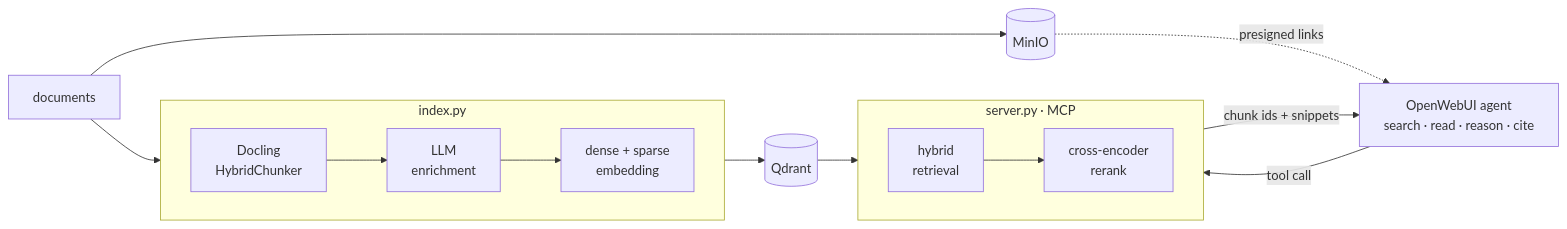
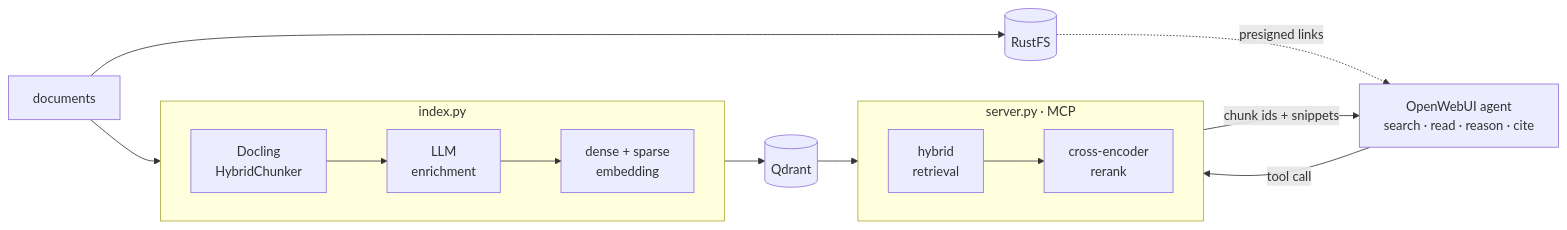
One commit to Th3R3alDuk3/Aragog changed the diagram in README.md. Above: the diagram before and after it, drawn with Mermaid. The commit also changed other lines of this file and 14 other files, not shown here.

````diff
--- a/README.md
+++ b/README.md
@@ -30,24 +30,24 @@
 ```mermaid
 flowchart LR
     DOC[documents]
 
     subgraph idx ["index.py"]
         direction LR
         CHUNK["Docling<br/>HybridChunker"] --> ENRICH["LLM<br/>enrichment"] --> EMBED["dense + sparse<br/>embedding"]
     end
 
     subgraph srv ["server.py · MCP"]
         direction LR
         RETRIEVE["hybrid<br/>retrieval"] --> RERANK["cross-encoder<br/>rerank"]
     end
 
     AGENT["OpenWebUI agent<br/>search · read · reason · cite"]
 
     DOC --> CHUNK
-    DOC --> MINIO[("MinIO")]
+    DOC --> RUSTFS[("RustFS")]
     EMBED --> QDRANT[("Qdrant")]
     QDRANT --> RETRIEVE
     AGENT -- "tool call" --> RETRIEVE
     RERANK -- "chunk ids + snippets" --> AGENT
-    MINIO -. "presigned links" .-> AGENT
+    RUSTFS -. "presigned links" .-> AGENT
 ```
````
